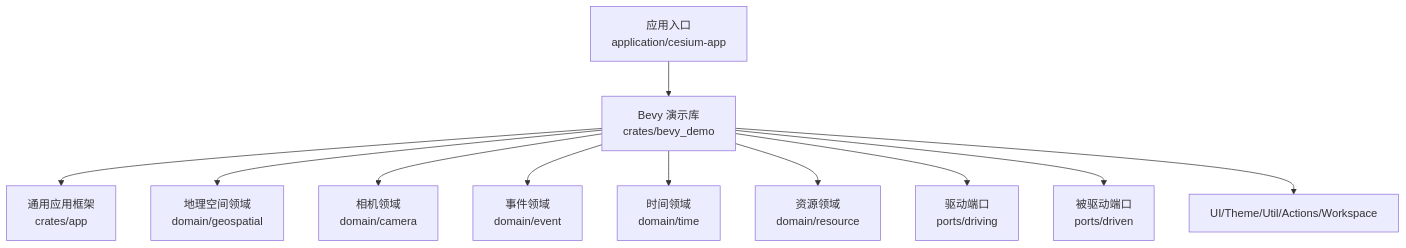
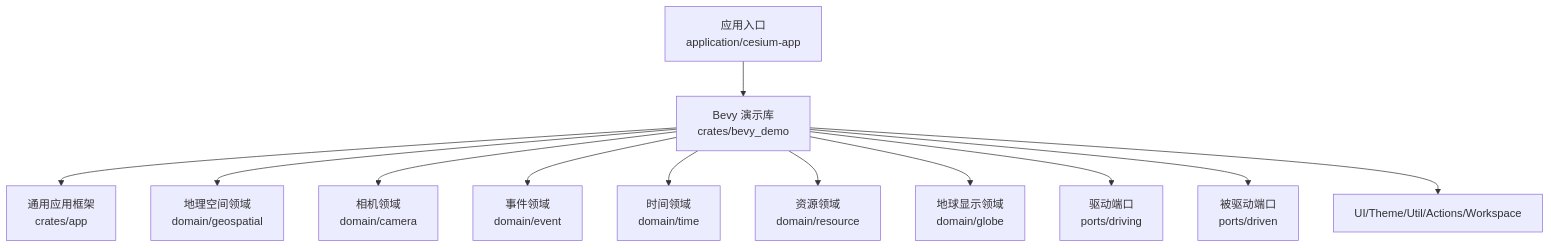
One commit to rzhangjing/cesium changed the second of 6 diagrams in .qoder/repowiki/zh/content/示例教程/Bevy游戏引擎集成示例.md. Above: the diagram before and after it, drawn with Mermaid. The commit also changed other lines of this file and 178 other files, not shown here.

````diff
--- a/.qoder/repowiki/zh/content/示例教程/Bevy游戏引擎集成示例.md
+++ b/.qoder/repowiki/zh/content/示例教程/Bevy游戏引擎集成示例.md
@@ -113,24 +127,26 @@
 ```mermaid
 graph TB
 App["应用入口<br/>application/cesium-app"]
 Demo["Bevy 演示库<br/>crates/bevy_demo"]
 AppLib["通用应用框架<br/>crates/app"]
 Geo["地理空间领域<br/>domain/geospatial"]
 Cam["相机领域<br/>domain/camera"]
 Ev["事件领域<br/>domain/event"]
 Time["时间领域<br/>domain/time"]
 Res["资源领域<br/>domain/resource"]
+Globe["地球显示领域<br/>domain/globe"]
 Drv["驱动端口<br/>ports/driving"]
 Drn["被驱动端口<br/>ports/driven"]
 UI["UI/Theme/Util/Actions/Workspace"]
 App --> Demo
 Demo --> AppLib
 Demo --> Geo
 Demo --> Cam
 Demo --> Ev
 Demo --> Time
 Demo --> Res
+Demo --> Globe
 Demo --> Drv
 Demo --> Drn
 Demo --> UI
 ```
````
